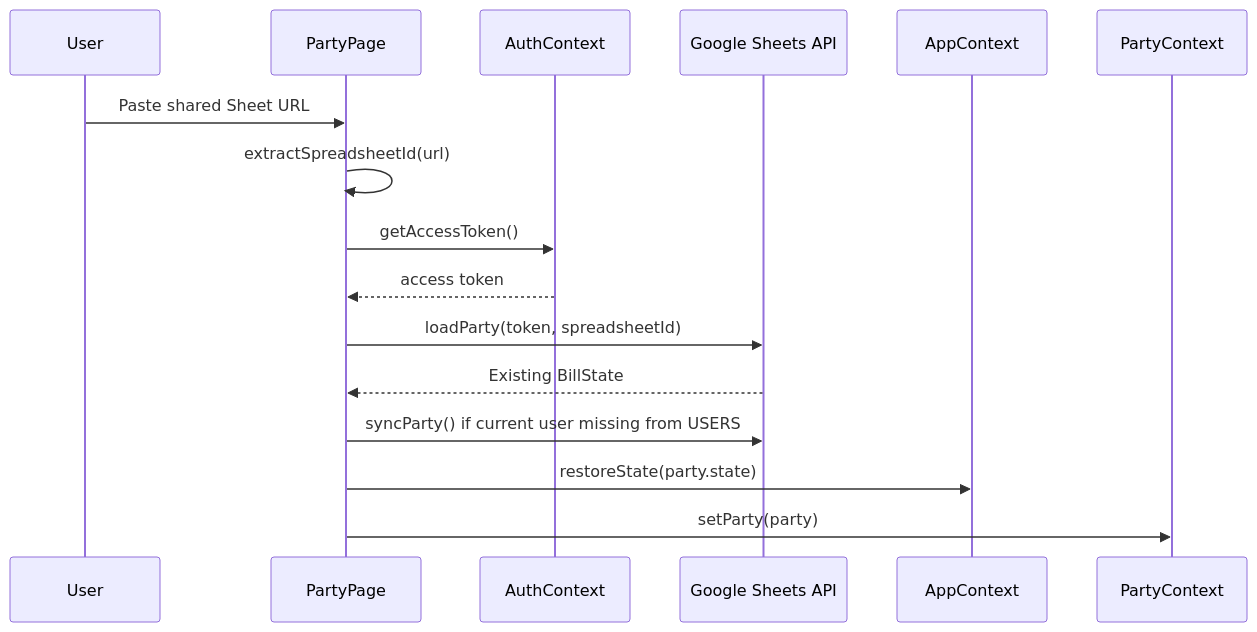
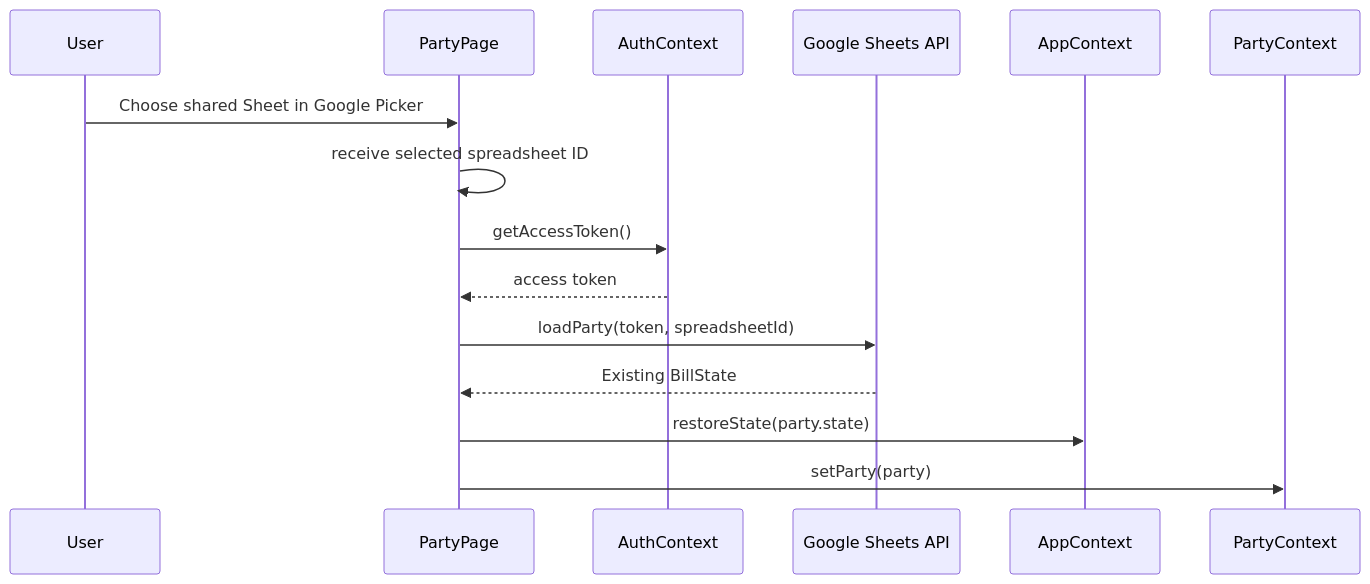
Before and after one commit to Karthik-29/SnapSplit: the fifth of 7 diagrams in docs/APP_DOCUMENTATION.md, drawn with Mermaid. The commit also changed other lines of this file and 4 other files, not shown here.

````diff
--- a/docs/APP_DOCUMENTATION.md
+++ b/docs/APP_DOCUMENTATION.md
@@ -521,19 +506,18 @@
 ```mermaid
 sequenceDiagram
   participant U as User
   participant P as PartyPage
   participant A as AuthContext
   participant G as Google Sheets API
   participant C as AppContext
   participant PC as PartyContext
 
-  U->>P: Paste shared Sheet URL
-  P->>P: extractSpreadsheetId(url)
+  U->>P: Choose shared Sheet in Google Picker
+  P->>P: receive selected spreadsheet ID
   P->>A: getAccessToken()
   A-->>P: access token
   P->>G: loadParty(token, spreadsheetId)
   G-->>P: Existing BillState
-  P->>G: syncParty() if current user missing from USERS
   P->>C: restoreState(party.state)
   P->>PC: setParty(party)
 ```
````
